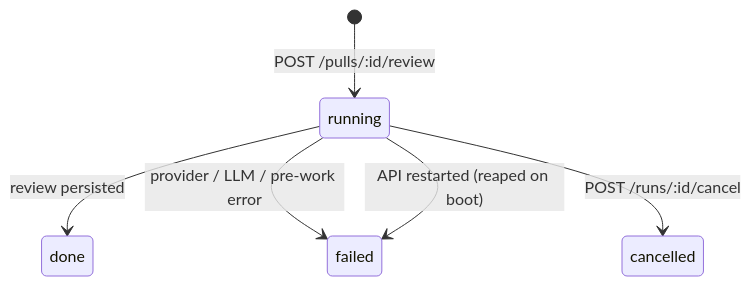
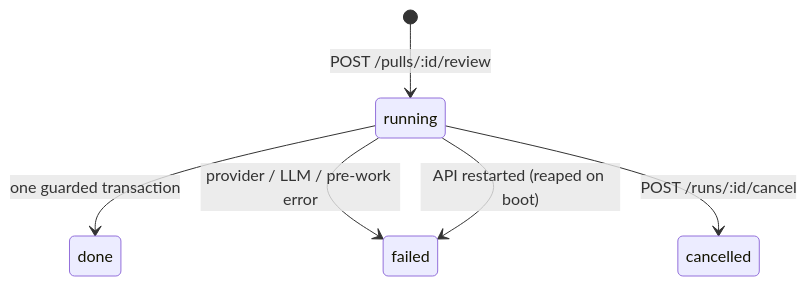
The diagram in server/docs/review-runs.md (SREDevOpsNL/aaen-dev-digest), drawn with Mermaid before and after one commit. The commit also changed other lines of this file and 12 other files, not shown here.

````diff
--- a/server/docs/review-runs.md
+++ b/server/docs/review-runs.md
@@ -63,8 +83,8 @@
 ```mermaid
 stateDiagram-v2
   [*] --> running: POST /pulls/:id/review
-  running --> done: review persisted
+  running --> done: one guarded transaction
   running --> failed: provider / LLM / pre-work error
   running --> cancelled: POST /runs/:id/cancel
   running --> failed: API restarted (reaped on boot)
 ```
````
